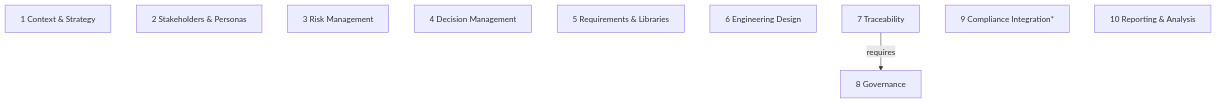
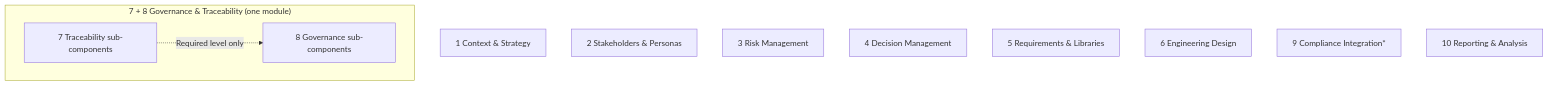
The second of 2 diagrams in docs/plans/future-modules-2026-09-index.md (ballardr/reqtrackmanager), drawn with Mermaid before and after one commit. The commit also changed other lines of this file and 16 other files, not shown here.

````diff
--- a/docs/plans/future-modules-2026-09-index.md
+++ b/docs/plans/future-modules-2026-09-index.md
@@ -315,15 +312,18 @@
 ```mermaid
 flowchart TD
     M1["1 Context & Strategy"]
     M2["2 Stakeholders & Personas"]
     M3["3 Risk Management"]
     M4["4 Decision Management"]
     M5["5 Requirements & Libraries"]
     M6["6 Engineering Design"]
-    M7["7 Traceability"]
-    M8["8 Governance"]
+    subgraph GT["7 + 8 Governance & Traceability (one module)"]
+        direction LR
+        M8["8 Governance sub-components"]
+        M7["7 Traceability sub-components"]
+    end
     M9["9 Compliance Integration*"]
     M10["10 Reporting & Analysis"]
 
-    M7 -->|requires| M8
+    M7 -.->|"Required level only"| M8
 ```
````
